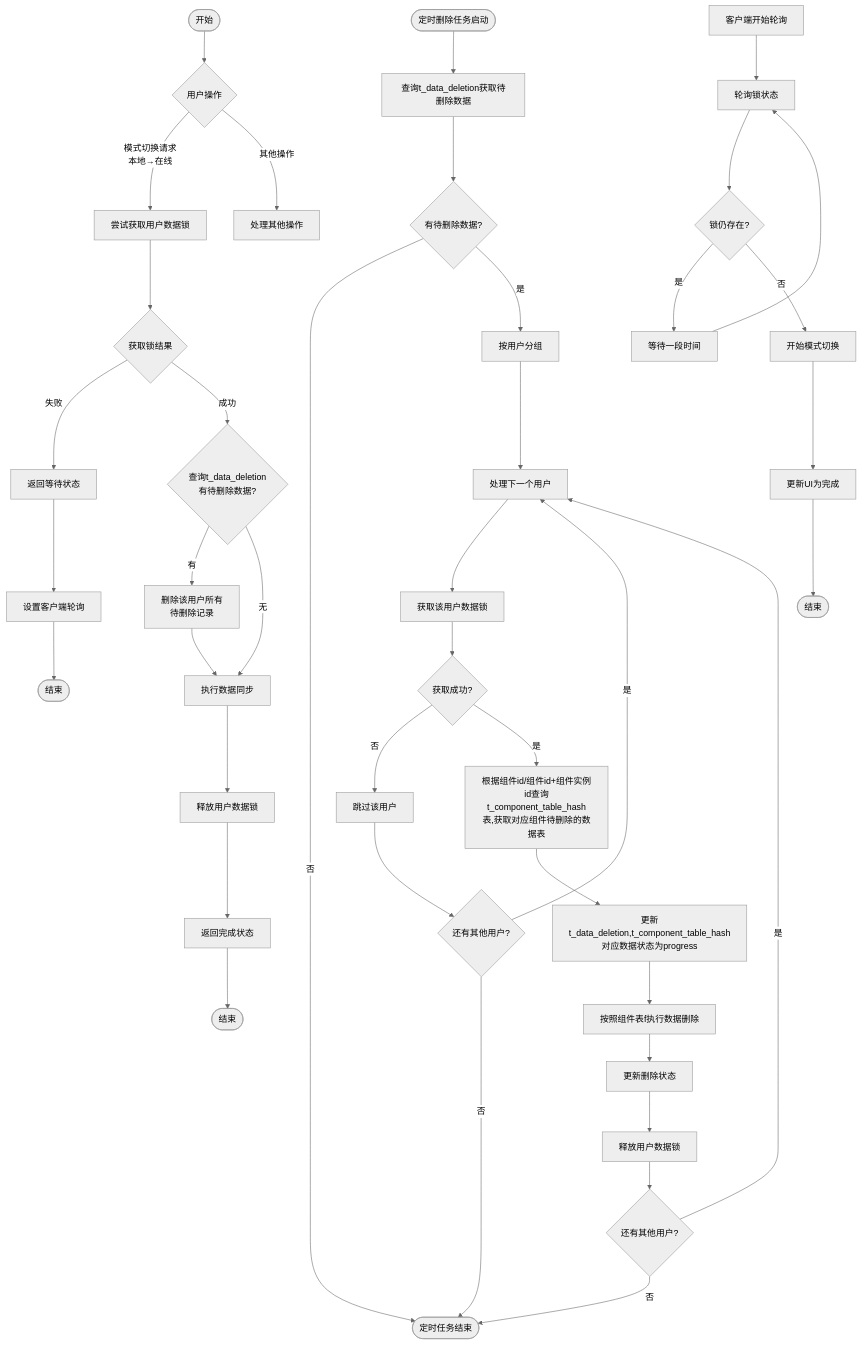
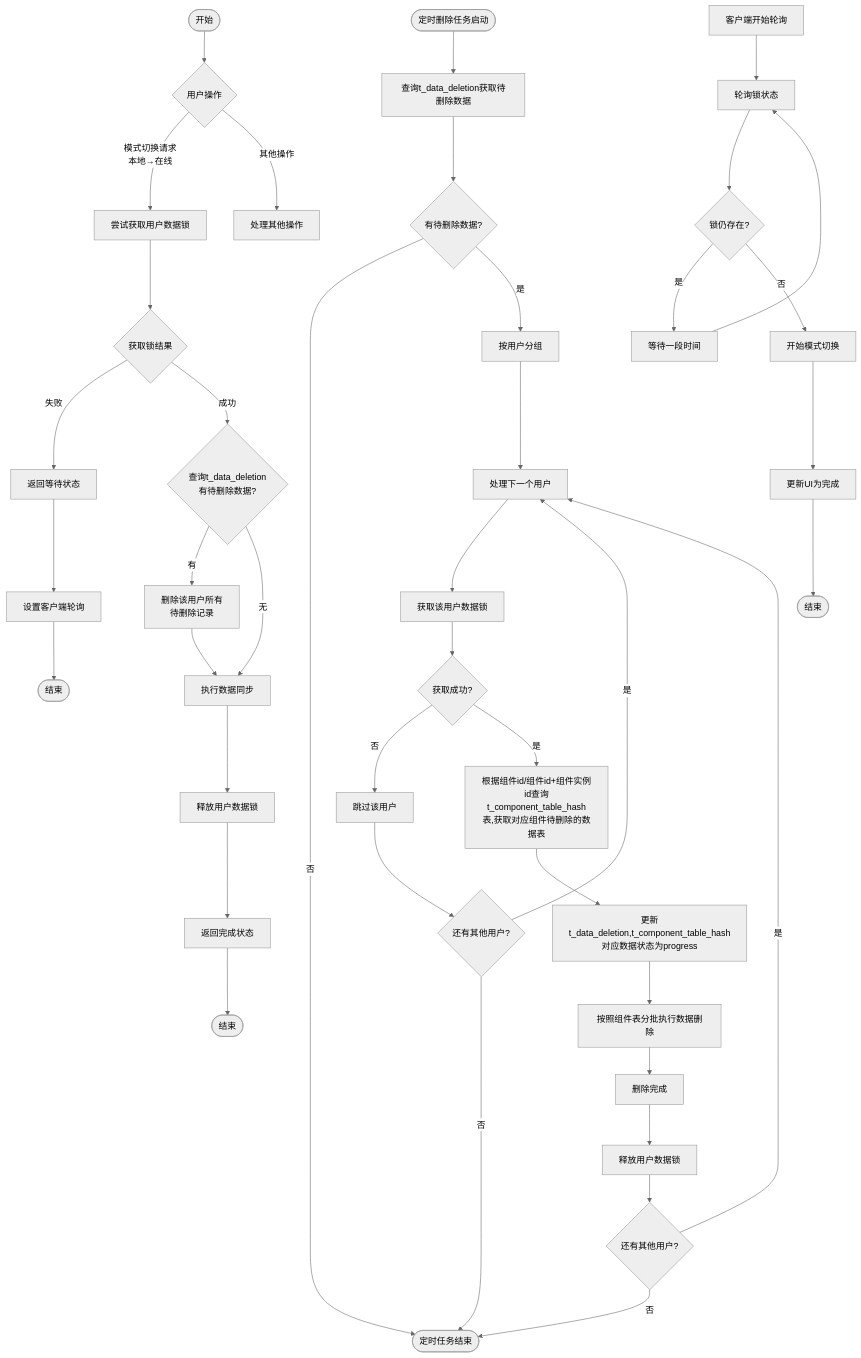
The diagram in all/未命名-57.md (yingjianzh/iodraw-files), drawn with Mermaid (neutral theme) before and after one commit.

Commit message:
2025-05-12 11:24:14 update

````diff
--- a/all/未命名-57.md
+++ b/all/未命名-57.md
@@ -1,62 +1,62 @@
 ```mermaid
 flowchart TD
     %% 主要分支
     Start([开始]) --> UserAction{用户操作}
     UserAction -->|模式切换请求\n本地→在线| TryLock[尝试获取用户数据锁]
     UserAction -->|其他操作| OtherOps[处理其他操作]
     
     %% 定时删除任务分支
     ScheduledTask([定时删除任务启动]) --> QueryDeletions[查询t_data_deletion获取待删除数据]
     QueryDeletions --> HasTasks{有待删除数据?}
     HasTasks -->|否| TaskEnd([定时任务结束])
     HasTasks -->|是| GroupByUser[按用户分组]
     
     %% 处理用户数据删除
     GroupByUser --> ProcessNextUser[处理下一个用户]
     ProcessNextUser --> AcquireLock[获取该用户数据锁]
     AcquireLock --> LockSuccess{获取成功?}
     
     LockSuccess -->|否| SkipUser[跳过该用户]
     SkipUser --> MoreUsers1{还有其他用户?}
     MoreUsers1 -->|是| ProcessNextUser
     MoreUsers1 -->|否| TaskEnd
     
     LockSuccess -->|是| GetData[根据组件id/组件id+组件实例id查询t_component_table_hash表,获取对应组件待删除的数据表]
     
     GetData --> UpdateData[更新t_data_deletion,t_component_table_hash对应数据状态为progress]
-    UpdateData --> DeleteData[按照组件表f执行数据删除]
-    DeleteData --> UpdateStatus[更新删除状态]
+    UpdateData --> DeleteData[按照组件表分批执行数据删除]
+    DeleteData --> UpdateStatus[删除完成]
     UpdateStatus --> ReleaseLock[释放用户数据锁]
     ReleaseLock --> MoreUsers2{还有其他用户?}
     MoreUsers2 -->|是| ProcessNextUser
     MoreUsers2 -->|否| TaskEnd
     
     %% 模式切换流程
     TryLock --> LockResult{获取锁结果}
     
     LockResult -->|失败| ReturnWaiting[返回等待状态]
     ReturnWaiting --> SetupPolling[设置客户端轮询]
     SetupPolling --> End1([结束])
     
     LockResult -->|成功| CheckPendingDeletion{查询t_data_deletion\n有待删除数据?}
     
     CheckPendingDeletion -->|有| RemoveDeletionRecords[删除该用户所有\n待删除记录]
     RemoveDeletionRecords --> PerformSync[执行数据同步]
     
     CheckPendingDeletion -->|无| PerformSync
     
     PerformSync --> ReleaseSwitchLock[释放用户数据锁]
     ReleaseSwitchLock --> ReturnComplete[返回完成状态]
     ReturnComplete --> End2([结束])
     
     %% 客户端轮询
     ClientPolling[客户端开始轮询] --> PollLockStatus[轮询锁状态]
     PollLockStatus --> StillLocked{锁仍存在?}
     
     StillLocked -->|是| WaitInterval[等待一段时间]
     WaitInterval --> PollLockStatus
     
     StillLocked -->|否| StartSwitch[开始模式切换]
     StartSwitch --> CompleteUI[更新UI为完成]
     CompleteUI --> End3([结束])
 ```
````
